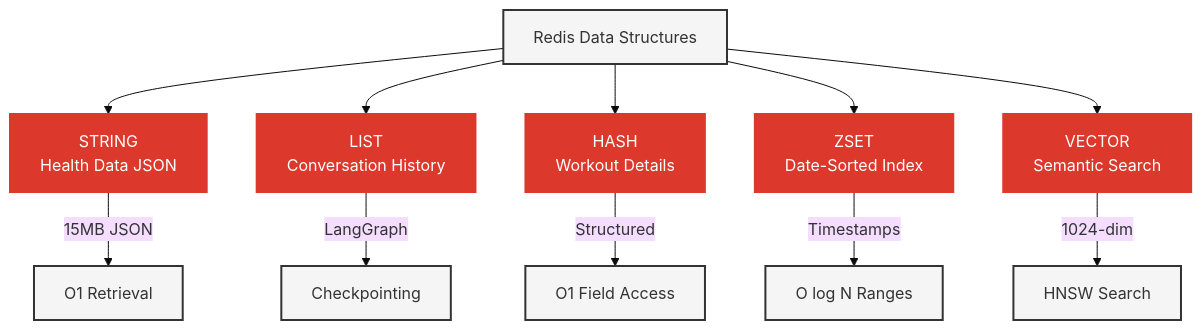
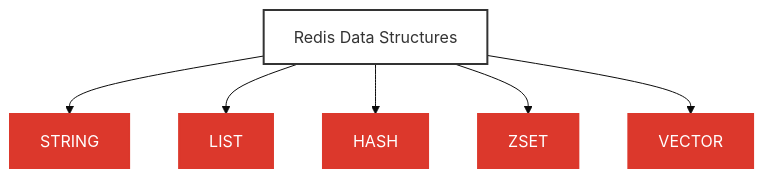
The second of 4 diagrams in docs/11_REDIS_PATTERNS.md (AllieRays/redis-wellness), drawn with Mermaid (base theme) before and after one commit. The commit also changed other lines of this file and 4 other files, not shown here.

````diff
--- a/docs/11_REDIS_PATTERNS.md
+++ b/docs/11_REDIS_PATTERNS.md
@@ -77,26 +87,22 @@
 ```mermaid
 graph TD
-    A[Redis Data Structures] --> B[STRING<br/>Health Data JSON]
-    A --> C[LIST<br/>Conversation History]
-    A --> D[HASH<br/>Workout Details]
-    A --> E[ZSET<br/>Date-Sorted Index]
-    A --> F[VECTOR<br/>Semantic Search]
+    A[Redis Data Structures]
+    B[STRING]
+    C[LIST]
+    D[HASH]
+    E[ZSET]
+    F[VECTOR]
 
-    B -->|15MB JSON| B1[O1 Retrieval]
-    C -->|LangGraph| C1[Checkpointing]
-    D -->|Structured| D1[O1 Field Access]
-    E -->|Timestamps| E1[O log N Ranges]
-    F -->|1024-dim| F1[HNSW Search]
+    A --> B
+    A --> C
+    A --> D
+    A --> E
+    A --> F
 
-    style A fill:#f5f5f5,stroke:#333,stroke-width:2px
+    style A fill:#fff,stroke:#333,stroke-width:2px
     style B fill:#DC382C,stroke:#DC382C,stroke-width:2px,color:#fff
     style C fill:#DC382C,stroke:#DC382C,stroke-width:2px,color:#fff
     style D fill:#DC382C,stroke:#DC382C,stroke-width:2px,color:#fff
     style E fill:#DC382C,stroke:#DC382C,stroke-width:2px,color:#fff
     style F fill:#DC382C,stroke:#DC382C,stroke-width:2px,color:#fff
-    style B1 fill:#f5f5f5,stroke:#333,stroke-width:2px
-    style C1 fill:#f5f5f5,stroke:#333,stroke-width:2px
-    style D1 fill:#f5f5f5,stroke:#333,stroke-width:2px
-    style E1 fill:#f5f5f5,stroke:#333,stroke-width:2px
-    style F1 fill:#f5f5f5,stroke:#333,stroke-width:2px
 ```
````
